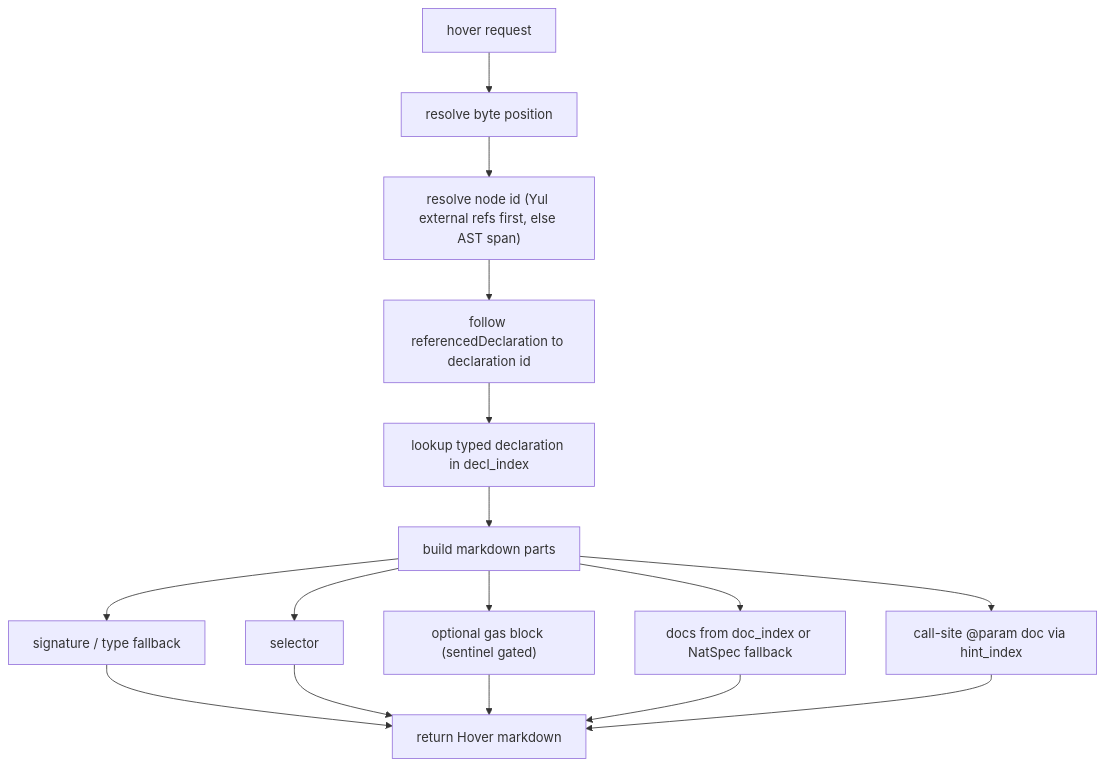
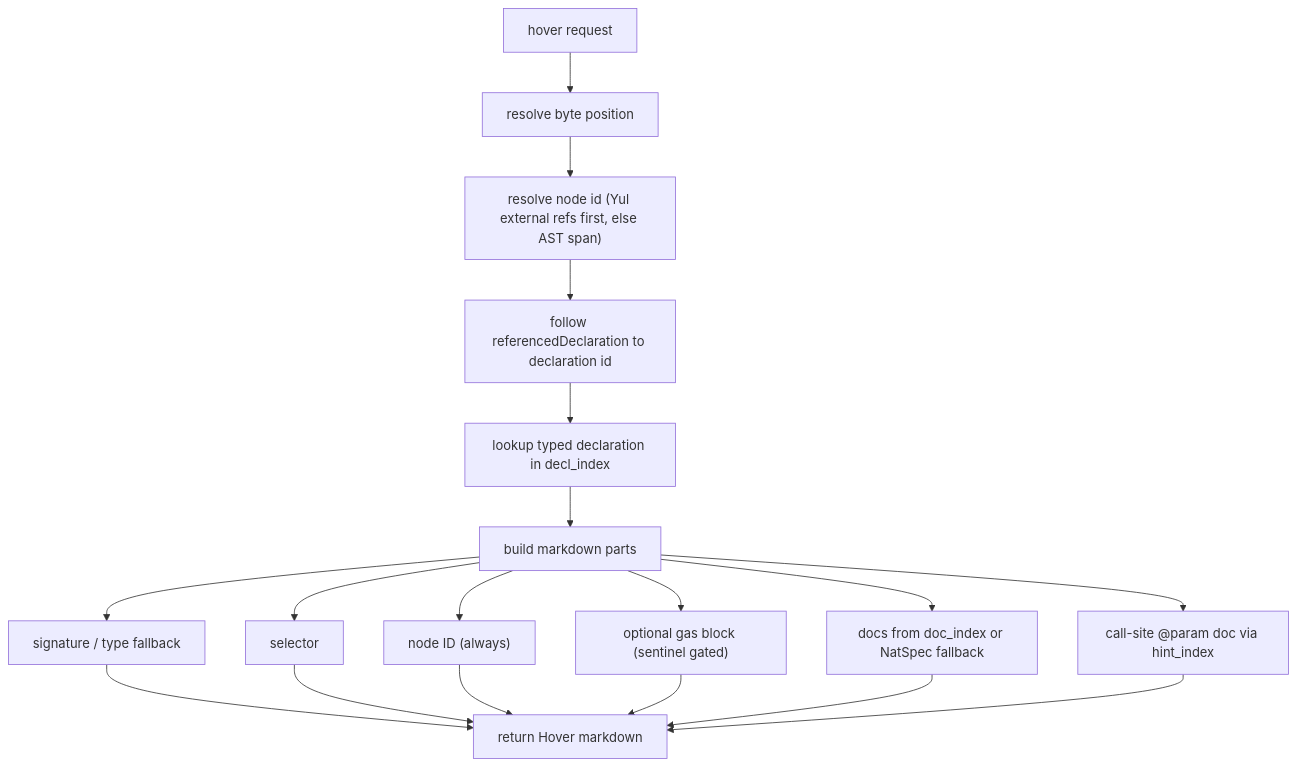
Before and after one commit to mmsaki/solidity-language-server: the diagram in docs/pages/reference/hover.md, drawn with Mermaid. The commit also changed other lines of this file and 5 other files, not shown here.

````diff
--- a/docs/pages/reference/hover.md
+++ b/docs/pages/reference/hover.md
@@ -40,18 +40,20 @@
 ```mermaid
 flowchart TD
   A["hover request"] --> B["resolve byte position"]
   B --> C["resolve node id (Yul external refs first, else AST span)"]
   C --> D["follow referencedDeclaration to declaration id"]
   D --> E["lookup typed declaration in decl_index"]
   E --> F["build markdown parts"]
   F --> G["signature / type fallback"]
   F --> H["selector"]
+  F --> H2["node ID (always)"]
   F --> I["optional gas block (sentinel gated)"]
   F --> J["docs from doc_index or NatSpec fallback"]
   F --> K["call-site @param doc via hint_index"]
   G --> Z["return Hover markdown"]
   H --> Z
+  H2 --> Z
   I --> Z
   J --> Z
   K --> Z
 ```
````
